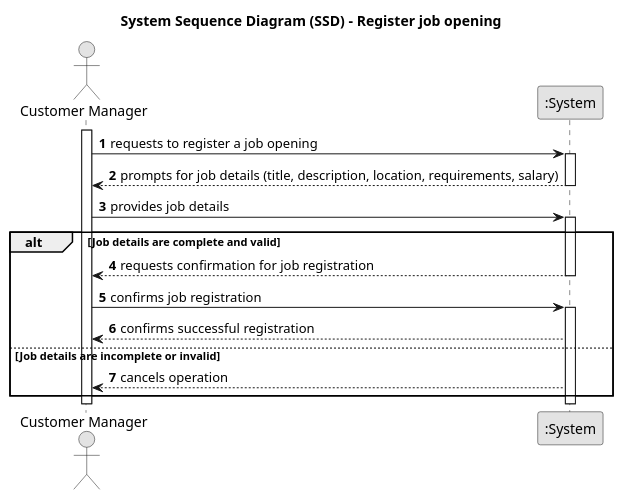
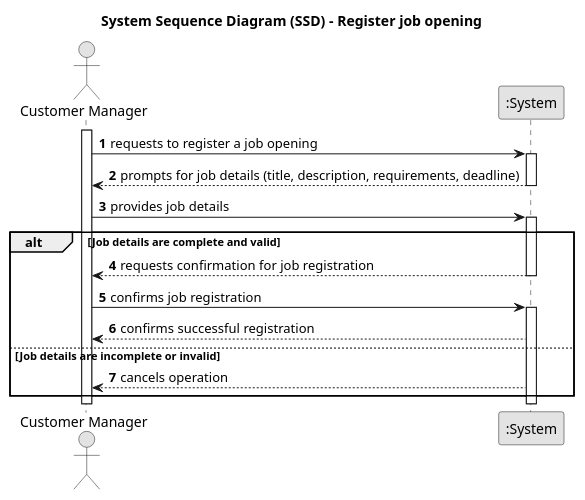
One commit to marcoferreira37/Lapr4 changed the diagram in docs/sprintB/1002/01.requirements-engineering/puml/1002-system-sequence-diagram.puml. Above: the diagram before and after it, drawn with PlantUML. The commit also changed 2 other files, not shown here.

```diff
--- a/docs/sprintB/1002/01.requirements-engineering/puml/1002-system-sequence-diagram.puml
+++ b/docs/sprintB/1002/01.requirements-engineering/puml/1002-system-sequence-diagram.puml
@@ -1,40 +1,40 @@
 @startuml
 skinparam monochrome true
 skinparam packageStyle rectangle
 skinparam shadowing false
 
 title System Sequence Diagram (SSD) - Register job opening
 
 autonumber
 
 actor "Customer Manager" as Manager
 participant ":System" as System
 
 activate Manager
 
     Manager -> System : requests to register a job opening
     activate System
 
-    System --> Manager : prompts for job details (title, description, location, requirements, salary)
+    System --> Manager : prompts for job details (title, description, requirements, deadline)
     deactivate System
 
     Manager -> System : provides job details
 
     activate System
 
     alt Job details are complete and valid
 
         System --> Manager : requests confirmation for job registration
         deactivate System
 
         Manager -> System : confirms job registration
         activate System
 
         System --> Manager : confirms successful registration
 
     else Job details are incomplete or invalid
 
         System --> Manager :  cancels operation
     end
 
 @enduml
```
